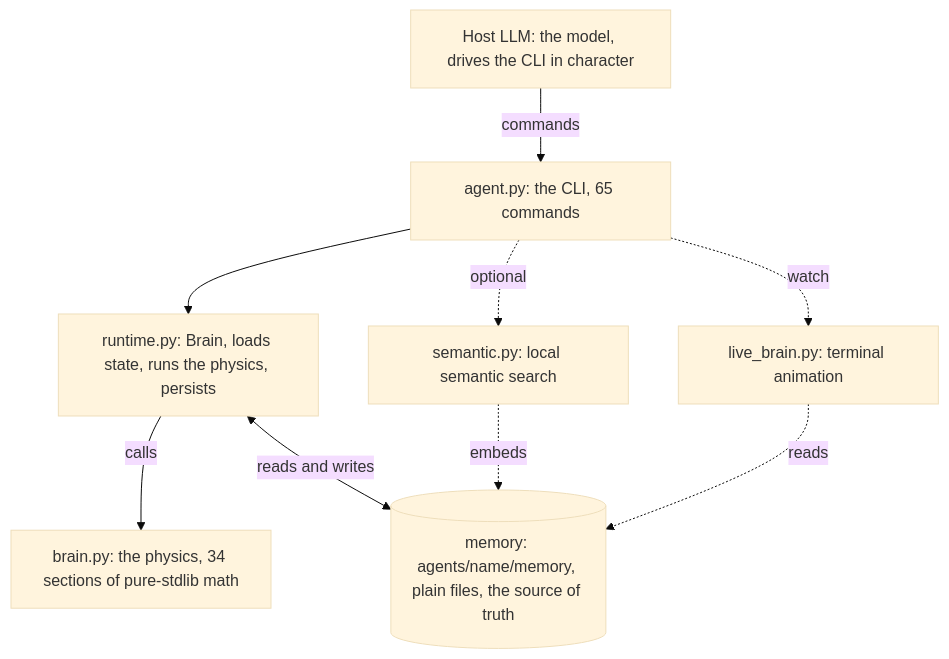
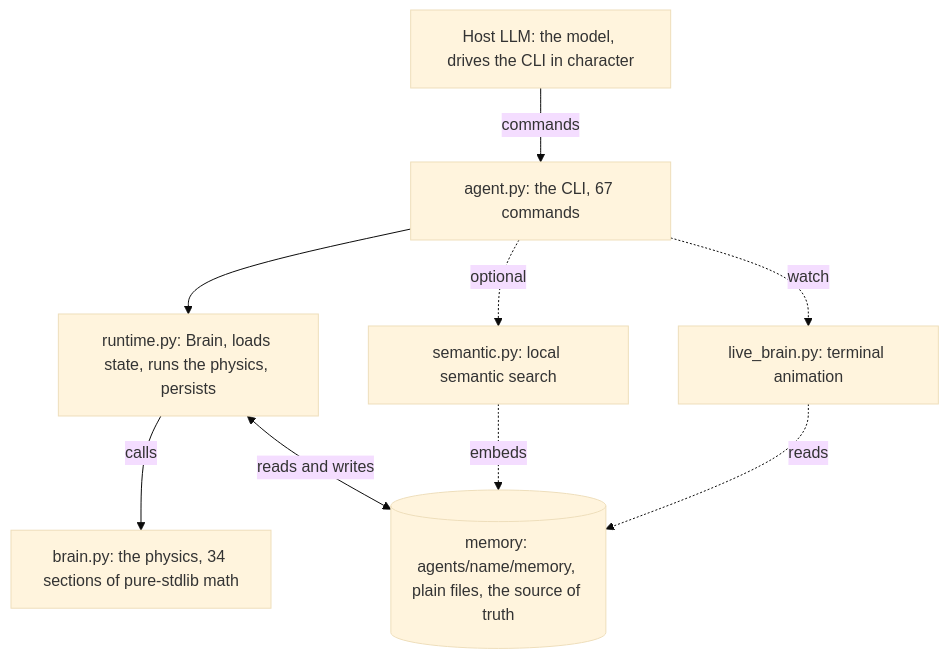
Before and after one commit to alexdonea/brain-llm-cli: the first of 2 diagrams in README.md, drawn with Mermaid (base theme). The commit also changed other lines of this file and 140 other files, not shown here.

````diff
--- a/README.md
+++ b/README.md
@@ -66,18 +75,18 @@
 ```mermaid
 flowchart TB
     HOST["Host LLM: the model, drives the CLI in character"]
-    CLI["agent.py: the CLI, 65 commands"]
+    CLI["agent.py: the CLI, 67 commands"]
     RT["runtime.py: Brain, loads state, runs the physics, persists"]
     PHYS["brain.py: the physics, 34 sections of pure-stdlib math"]
     MEM[("memory: agents/name/memory, plain files, the source of truth")]
     SEM["semantic.py: local semantic search"]
     LIVE["live_brain.py: terminal animation"]
     HOST -->|commands| CLI
     CLI --> RT
     RT -->|calls| PHYS
     RT <-->|reads and writes| MEM
     CLI -. optional .-> SEM
     SEM -. embeds .-> MEM
     CLI -. watch .-> LIVE
     LIVE -. reads .-> MEM
 ```
````
